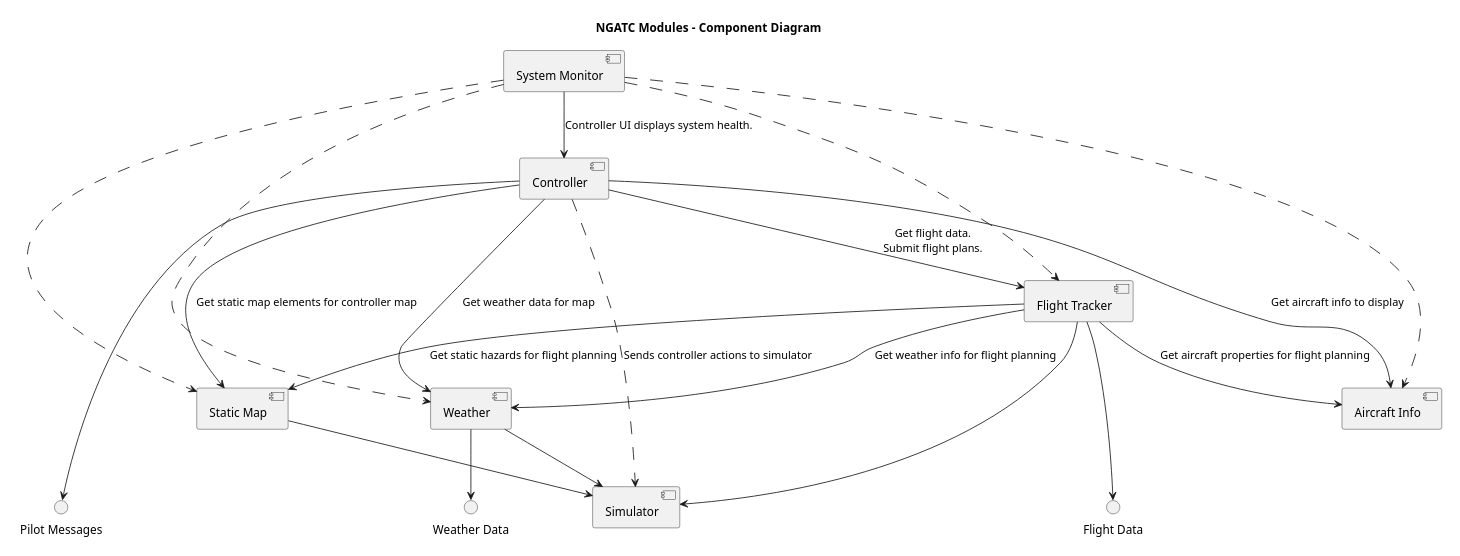
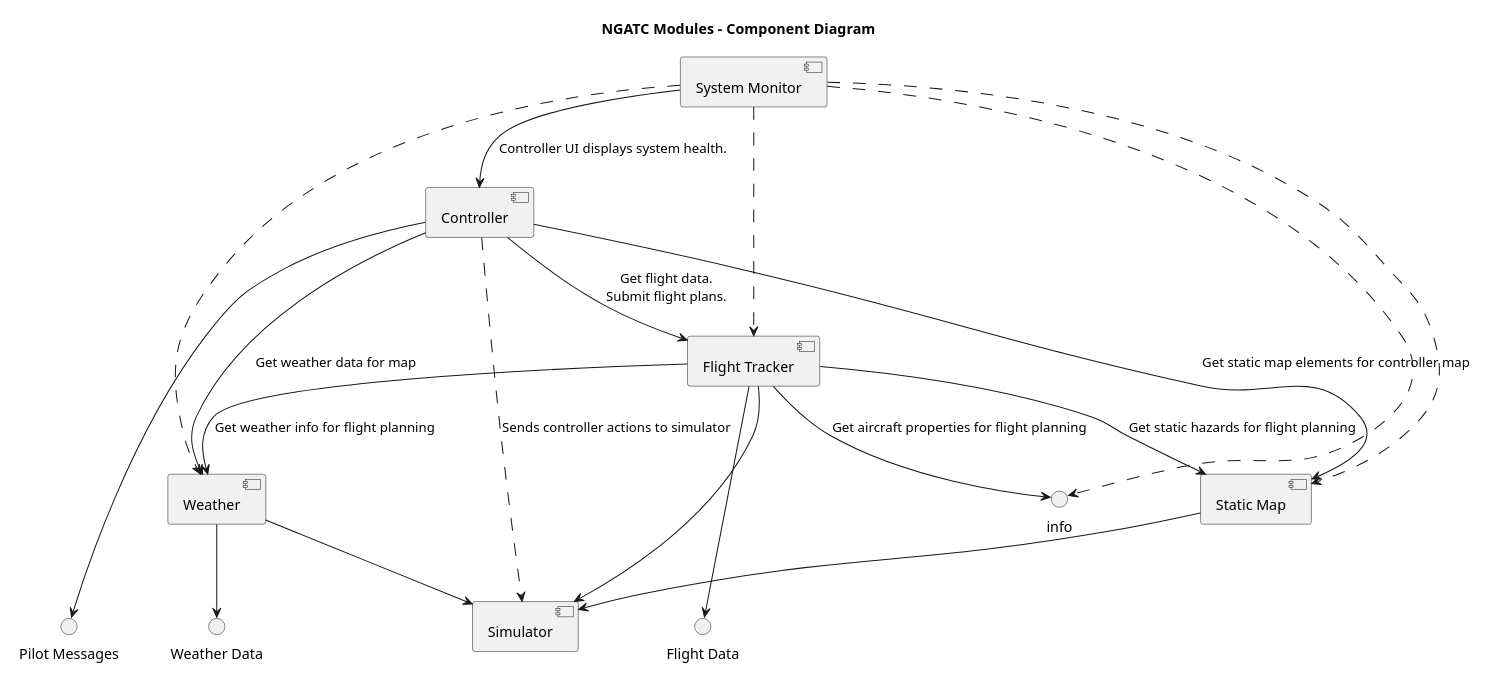
One commit to erikorlowski/cscie97 changed the second of 8 diagrams in cscie97/asn5/design.md. Above: the diagram before and after it, drawn with PlantUML. The commit also changed other lines of this file, not shown here.

Commit message:
Removed Aircraft Info module

````diff
--- a/cscie97/asn5/design.md
+++ b/cscie97/asn5/design.md
@@ -363,40 +363,38 @@
 ```plantuml
 @startuml
 title NGATC Modules - Component Diagram
 scale max 800 width
 
 component Weather as weather
 component Controller as control
 component "Flight Tracker" as tracker
 component "System Monitor" as monitor
 component "Static Map" as map
-component "Aircraft Info" as info
 component Simulator as sim
 
 interface "Flight Data" as data
 interface "Weather Data" as weatherData
 interface "Pilot Messages" as msg
 
 control --> tracker : Get flight data.\nSubmit flight plans.
 control --> weather : Get weather data for map
 control --> map : Get static map elements for controller map
-control --> info : Get aircraft info to display
 tracker --> weather : Get weather info for flight planning
 tracker --> map : Get static hazards for flight planning
 tracker --> info : Get aircraft properties for flight planning
 monitor ..> weather
 monitor --> control : Controller UI displays system health.
 monitor ..> tracker
 monitor ..> map
 monitor ..> info
 weather --> sim
 tracker --> sim
 map --> sim
 control ..> sim : Sends controller actions to simulator
 
 tracker ---> data
 weather --> weatherData
 control ----> msg
 
 @enduml
 ```
````
